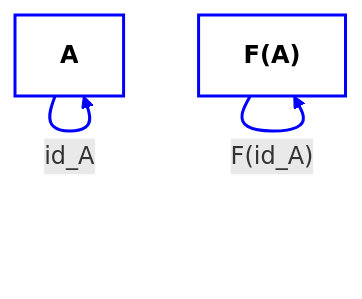
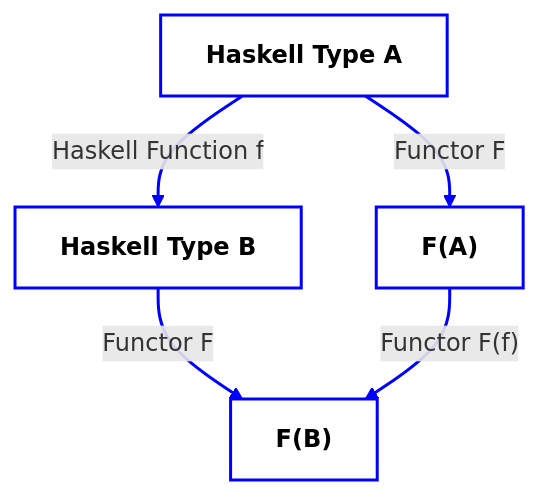
Before and after one commit to antomon/antomon.github.io: the second of 11 diagrams in posts/category-theory-functional-programming/index.qmd, drawn with Mermaid. The commit also changed other lines of this file and 17 other files, not shown here.

````diff
--- a/posts/category-theory-functional-programming/index.qmd
+++ b/posts/category-theory-functional-programming/index.qmd
@@ -115,11 +113,13 @@
 ```{mermaid}
 %%| fig-align: center
-%%| fig-cap: "The functor `F` preserves identity morphisms by mapping the identity morphism `id_A` in category `C` to the identity morphism `F(id_A)` in category `D` "
+%%| fig-cap: "The functor `F` maps objects and morphisms within the same category `Hask` (the category of Haskell types and functions)"
 
 graph TD
   classDef default fill:#ffffff,stroke:#0000ff,stroke-width:2px,color:#000000,font-weight:bold
   linkStyle default stroke:#0000ff,stroke-width:2px,fill:none
 
-  A["A"] -->|"id_A"| A
-  FA["F(A)"] -->|"F(id_A)"| FA
+  A["Haskell Type A"] -->|"Haskell Function f"| B["Haskell Type B"]
+  A -->|"Functor F"| FA["F(A)"]
+  B -->|"Functor F"| FB["F(B)"]
+  FA -->|"Functor F(f)"| FB
 ```
````
